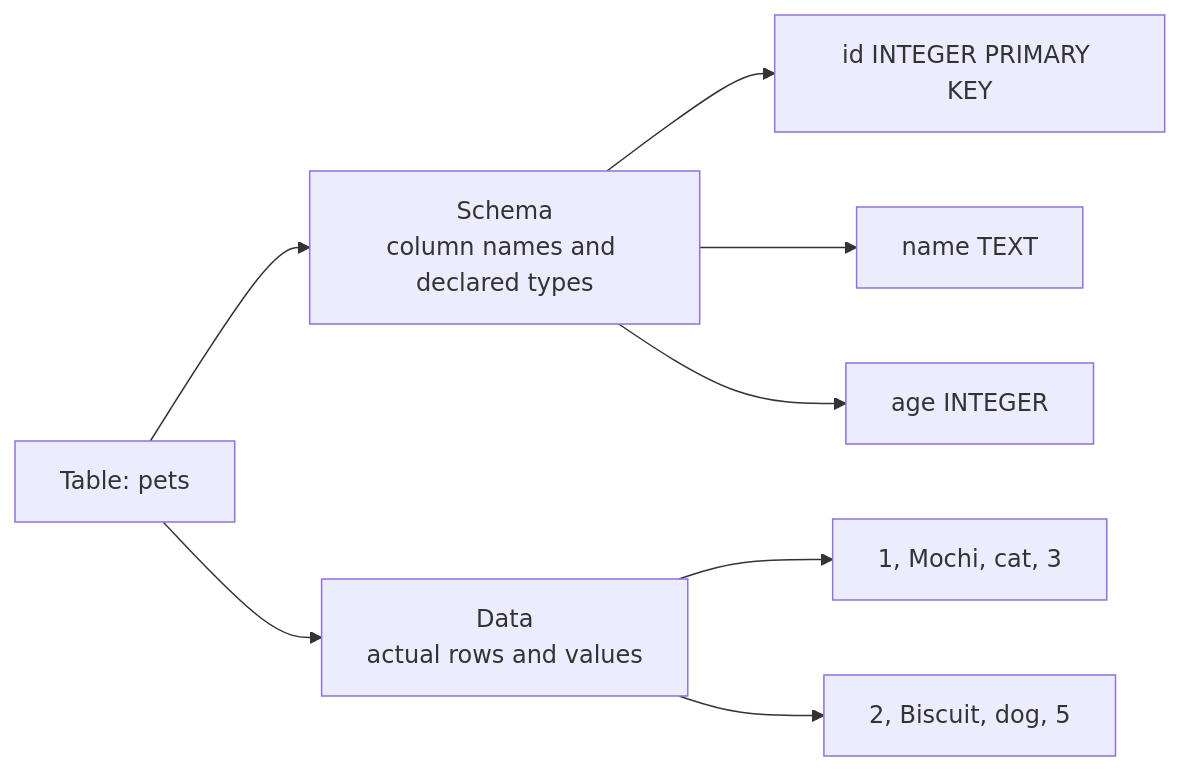
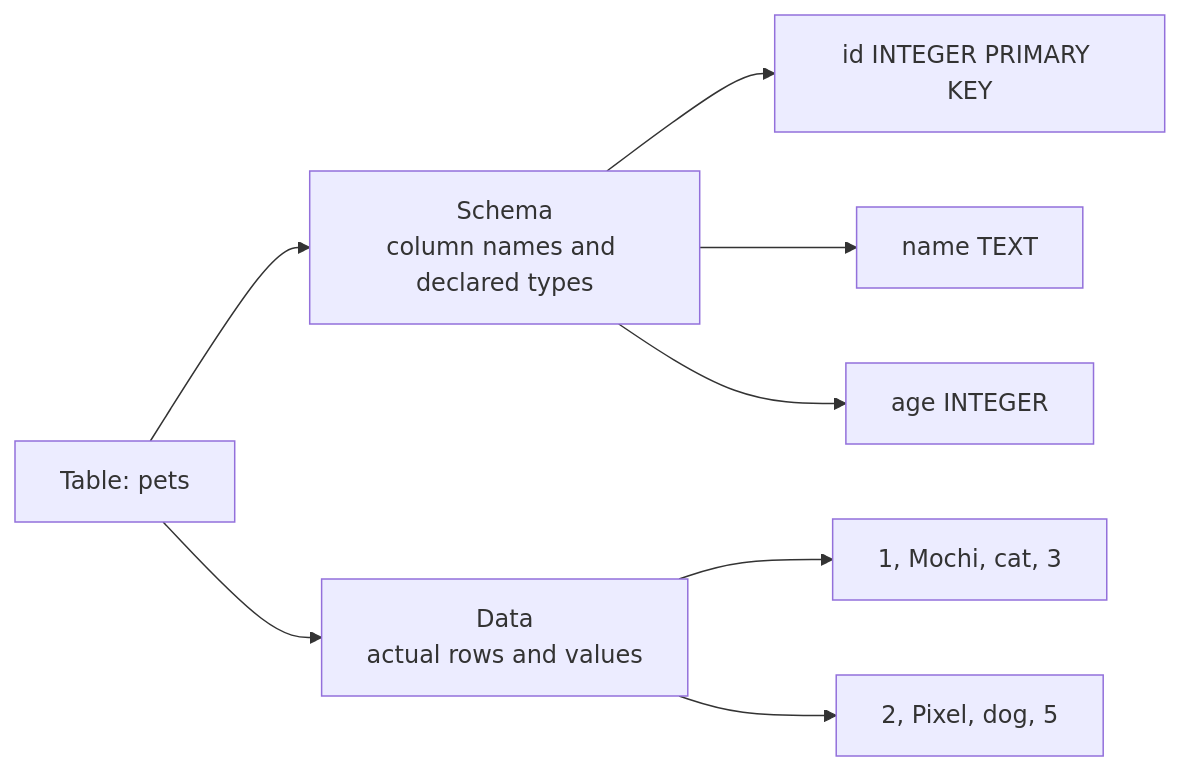
One commit to dataslope/dataslope changed the fifth of 6 diagrams in content/courses/sqlite-for-beginners/tables-rows-columns.mdx. Above: the diagram before and after it, drawn with Mermaid. The commit also changed other lines of this file and 400 other files, not shown here.

````diff
--- a/content/courses/sqlite-for-beginners/tables-rows-columns.mdx
+++ b/content/courses/sqlite-for-beginners/tables-rows-columns.mdx
@@ -178,10 +182,10 @@
 ```mermaid
 flowchart LR
     T["Table: pets"] --> S["Schema<br/>column names and declared types"]
     T --> D["Data<br/>actual rows and values"]
     S --> S1["id INTEGER PRIMARY KEY"]
     S --> S2["name TEXT"]
     S --> S3["age INTEGER"]
     D --> D1["1, Mochi, cat, 3"]
-    D --> D2["2, Biscuit, dog, 5"]
+    D --> D2["2, Pixel, dog, 5"]
 ```
````
